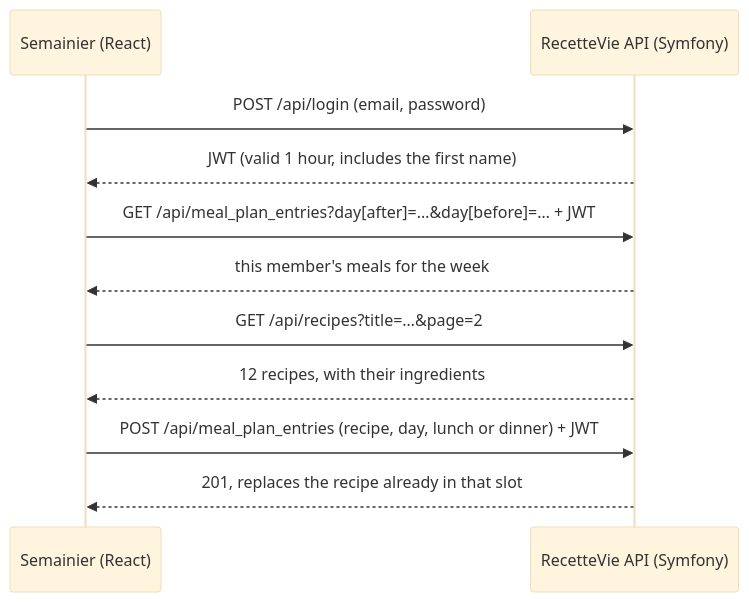
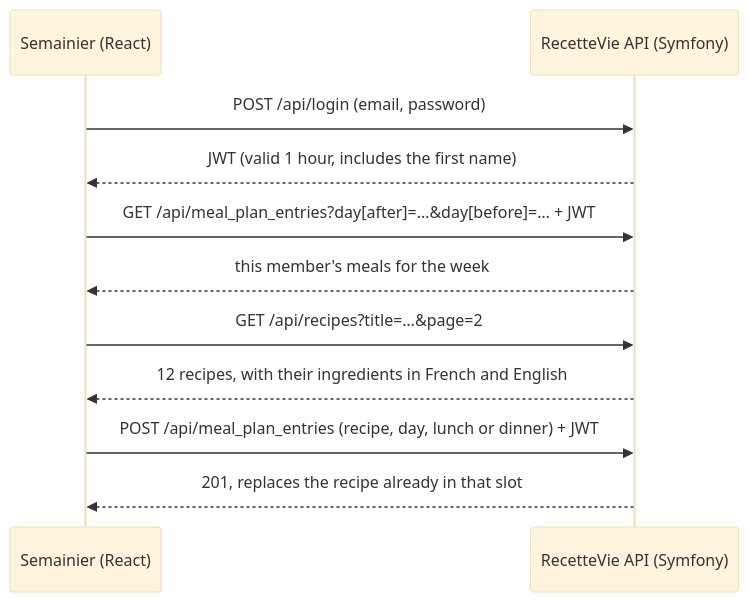
The diagram in README.md (puremax-lab/Semainier), drawn with Mermaid (base theme) before and after one commit. The commit also changed other lines of this file and 23 other files, not shown here.

Commit message:
Add a French and English language switch

````diff
--- a/README.md
+++ b/README.md
@@ -23,13 +23,13 @@
 ```mermaid
 sequenceDiagram
     participant S as Semainier (React)
     participant R as RecetteVie API (Symfony)
     S->>R: POST /api/login (email, password)
     R-->>S: JWT (valid 1 hour, includes the first name)
     S->>R: GET /api/meal_plan_entries?day[after]=…&day[before]=… + JWT
     R-->>S: this member's meals for the week
     S->>R: GET /api/recipes?title=…&page=2
-    R-->>S: 12 recipes, with their ingredients
+    R-->>S: 12 recipes, with their ingredients in French and English
     S->>R: POST /api/meal_plan_entries (recipe, day, lunch or dinner) + JWT
     R-->>S: 201, replaces the recipe already in that slot
 ```
````
